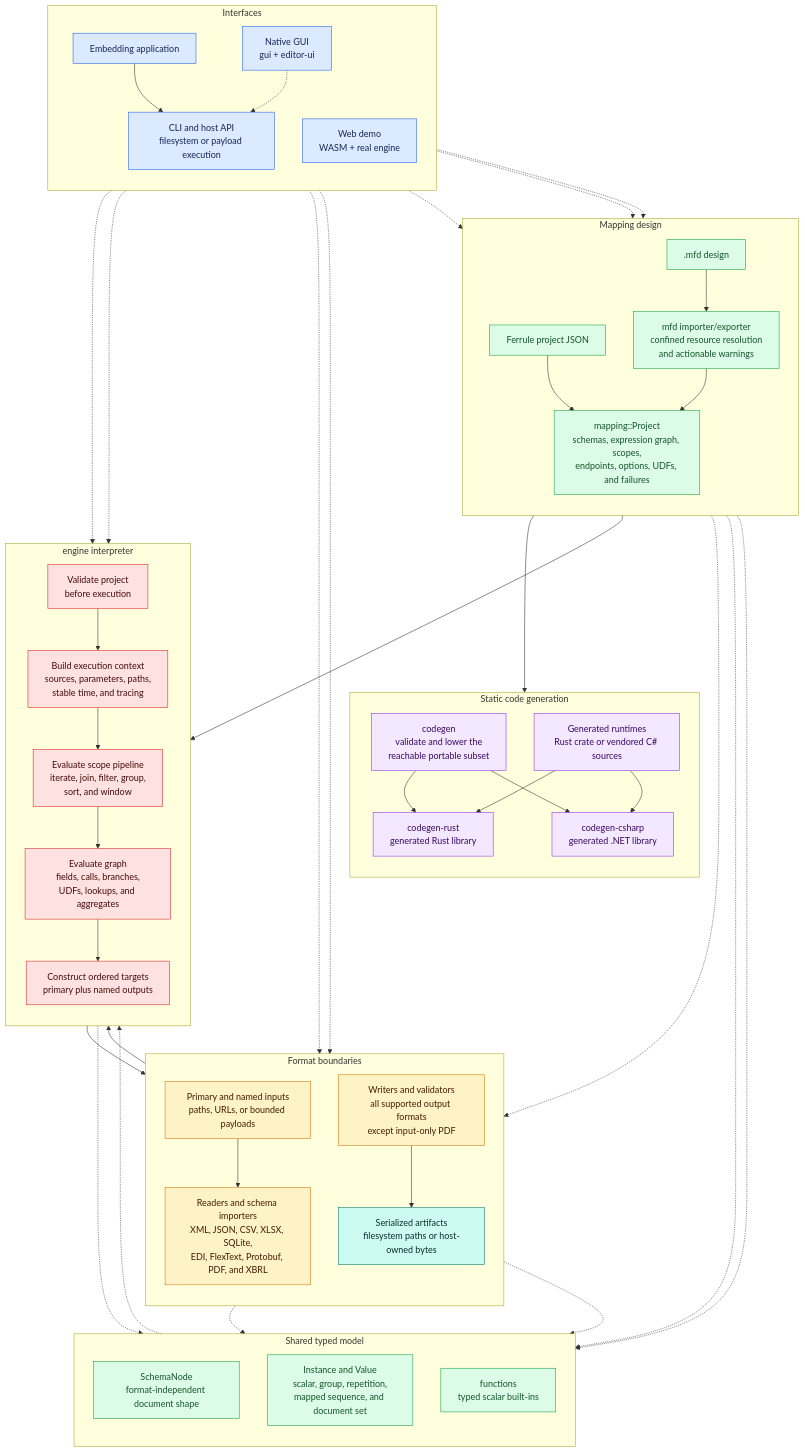
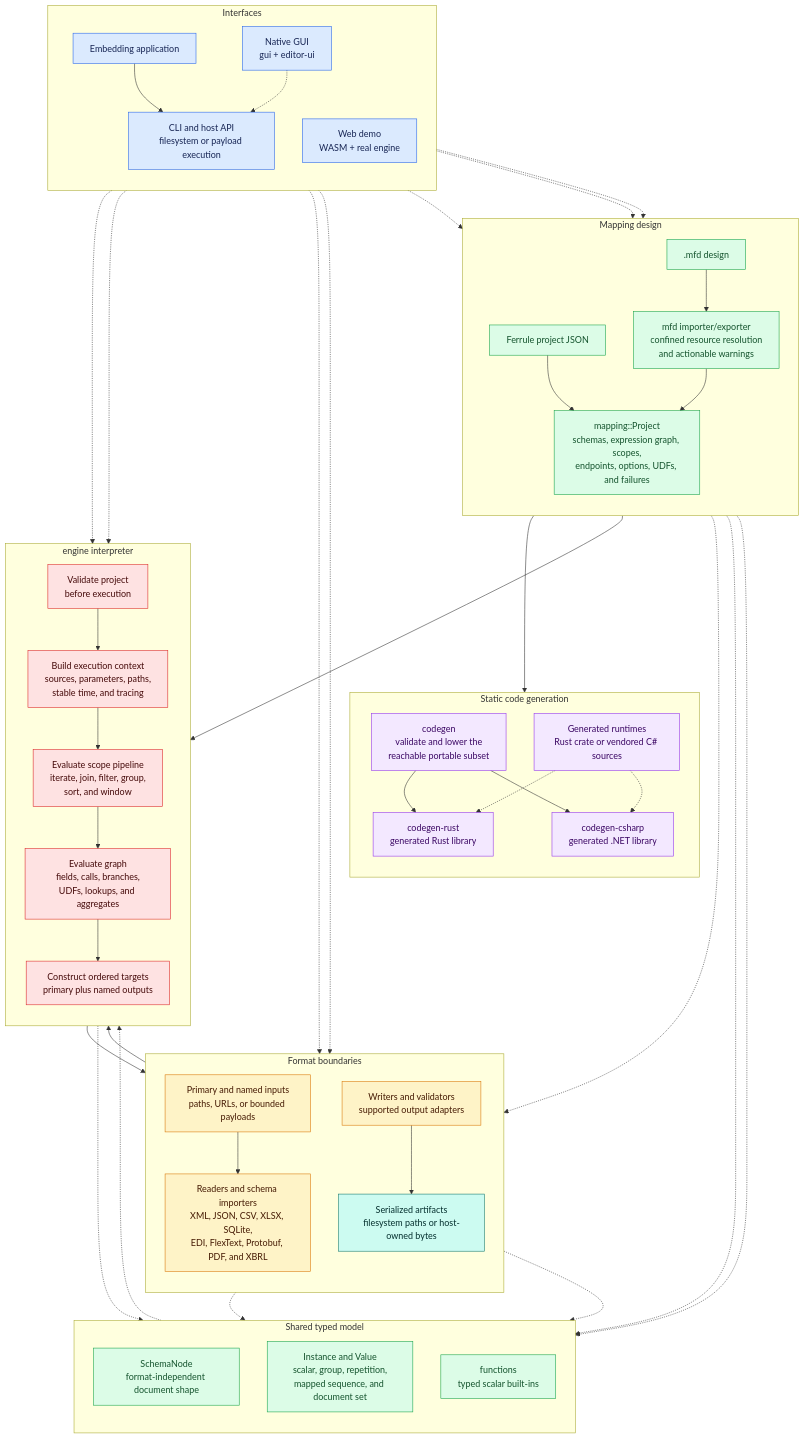
Before and after one commit to DeandreT/ferrule: the first of 2 diagrams in docs/architecture.md, drawn with Mermaid. The commit also changed other lines of this file and 7 other files, not shown here.

Commit message:
Clarify roadmap gates and add mapping and development guides

```diff
--- a/docs/architecture.md
+++ b/docs/architecture.md
@@ -34,7 +35,7 @@
         direction TB
         inputs["Primary and named inputs<br/>paths, URLs, or bounded payloads"]
         readers["Readers and schema importers<br/>XML, JSON, CSV, XLSX, SQLite,<br/>EDI, FlexText, Protobuf, PDF, and XBRL"]
-        writers["Writers and validators<br/>all supported output formats<br/>except input-only PDF"]
+        writers["Writers and validators<br/>supported output adapters"]
         artifacts["Serialized artifacts<br/>filesystem paths or host-owned bytes"]
     end
 
@@ -80,8 +81,8 @@
     project --> lower
     lower --> rust
     lower --> csharp
-    runtimes --> rust
-    runtimes --> csharp
+    runtimes -.-> rust
+    runtimes -.-> csharp
 
     gui -.-> cli
     web -.-> validate
```
